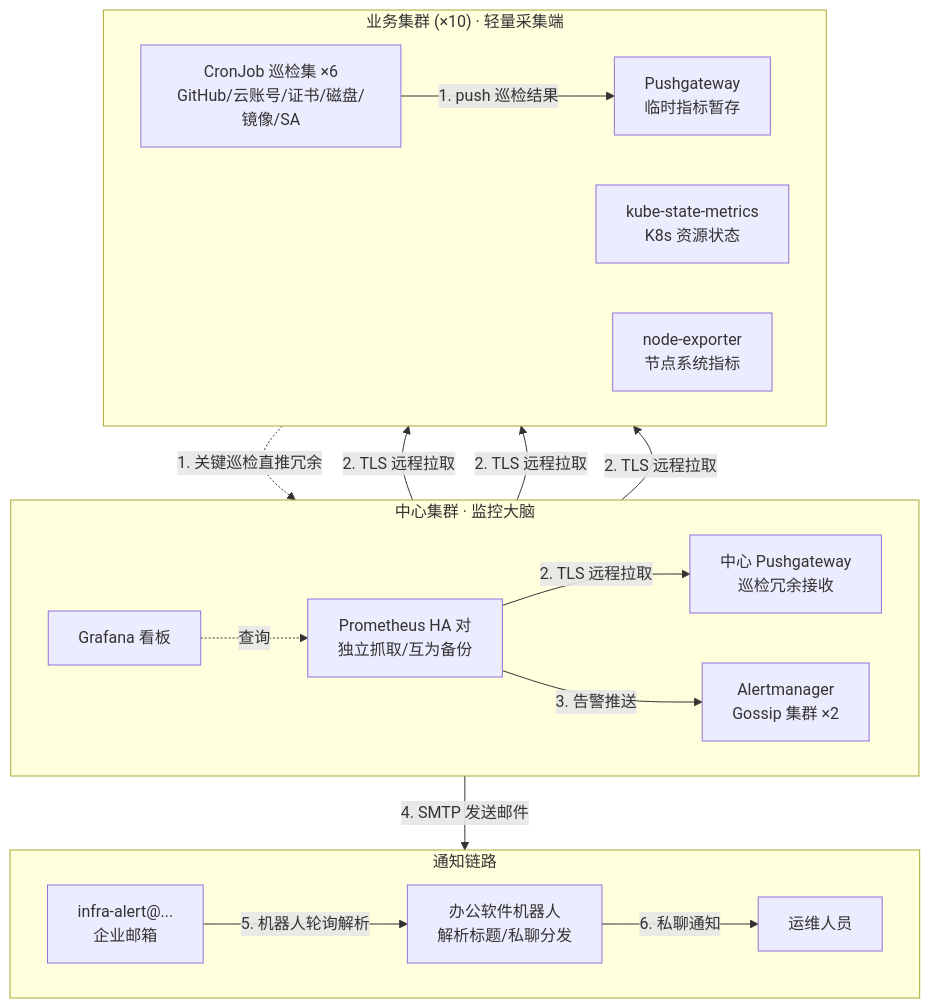
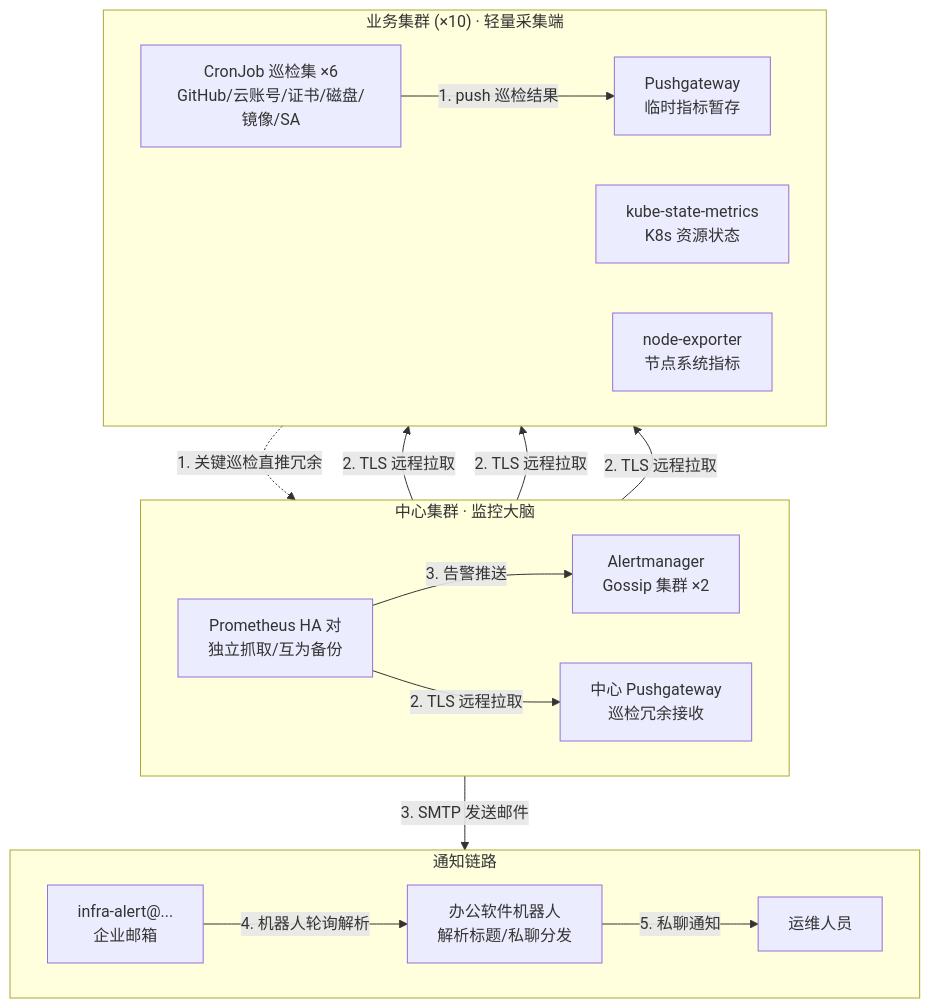
One commit to KadenZhang3321/CI_stable changed the first of 3 diagrams in Architecture Design/#1 Architecture Design Specification.md. Above: the diagram before and after it, drawn with Mermaid. The commit also changed other lines of this file, not shown here.

Commit message:
Replace Grafana with external DataStat dashboard, add Prometheus API interface spec

````diff
--- a/Architecture Design/#1 Architecture Design Specification.md
+++ b/Architecture Design/#1 Architecture Design Specification.md
@@ -36,37 +36,35 @@
 ```mermaid
 graph TB
     subgraph "通知链路"
         direction LR
         Staff["运维人员"]
         BOT["办公软件机器人<br/>解析标题/私聊分发"]
         Mailbox["infra-alert@...<br/>企业邮箱"]
     end
 
     subgraph "中心集群 · 监控大脑"
         direction LR
-        GF["Grafana 看板"]
         AM["Alertmanager<br/>Gossip 集群 ×2"]
         Prom["Prometheus HA 对<br/>独立抓取/互为备份"]
         CPG["中心 Pushgateway<br/>巡检冗余接收"]
     end
 
     subgraph "业务集群 (×10) · 轻量采集端"
         direction LR
         CJ["CronJob 巡检集 ×6<br/>GitHub/云账号/证书/磁盘/镜像/SA"]
         PG["Pushgateway<br/>临时指标暂存"]
         KSM["kube-state-metrics<br/>K8s 资源状态"]
         NE["node-exporter<br/>节点系统指标"]
     end
 
     CJ -->|1. push 巡检结果| PG
     CJ -.->|1. 关键巡检直推冗余| CPG
     Prom -->|2. TLS 远程拉取| KSM
     Prom -->|2. TLS 远程拉取| NE
     Prom -->|2. TLS 远程拉取| PG
     Prom -->|2. TLS 远程拉取| CPG
     Prom -->|3. 告警推送| AM
-    GF -.->|查询| Prom
-    AM -->|4. SMTP 发送邮件| Mailbox
-    Mailbox -->|5. 机器人轮询解析| BOT
-    BOT -->|6. 私聊通知| Staff
+    AM -->|3. SMTP 发送邮件| Mailbox
+    Mailbox -->|4. 机器人轮询解析| BOT
+    BOT -->|5. 私聊通知| Staff
 ```
````
